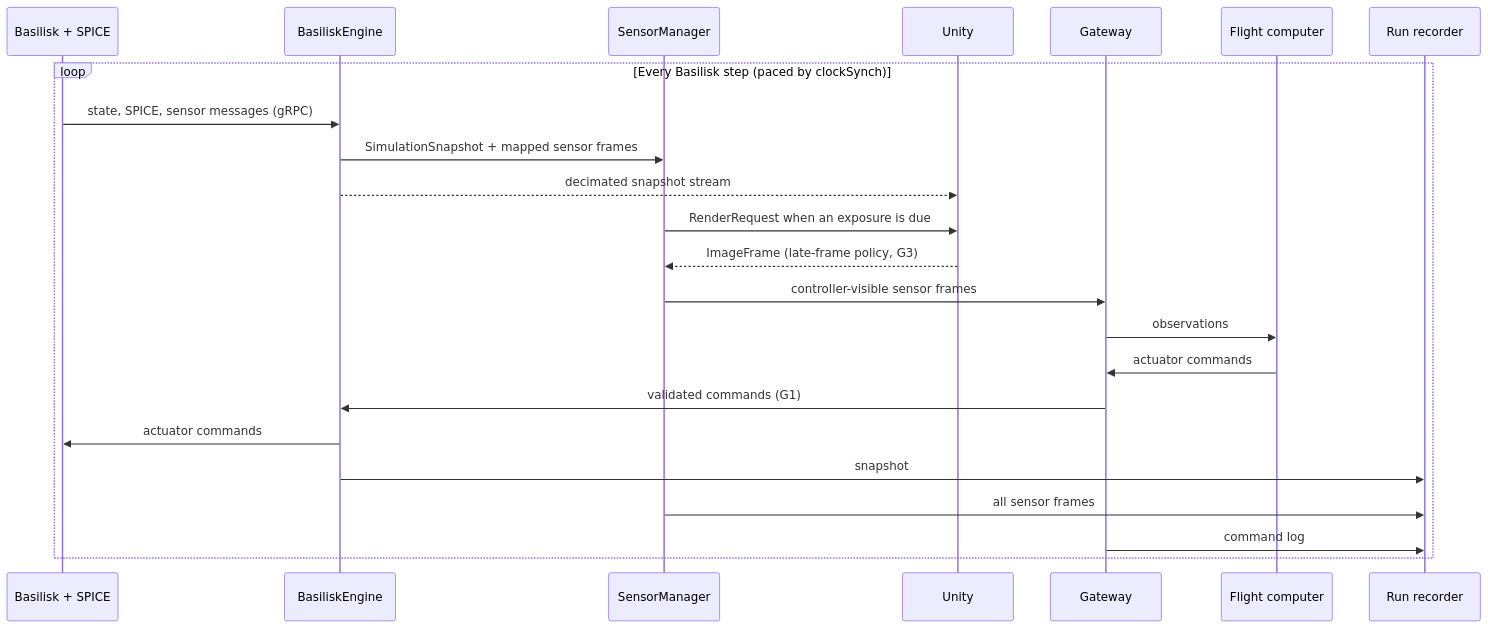
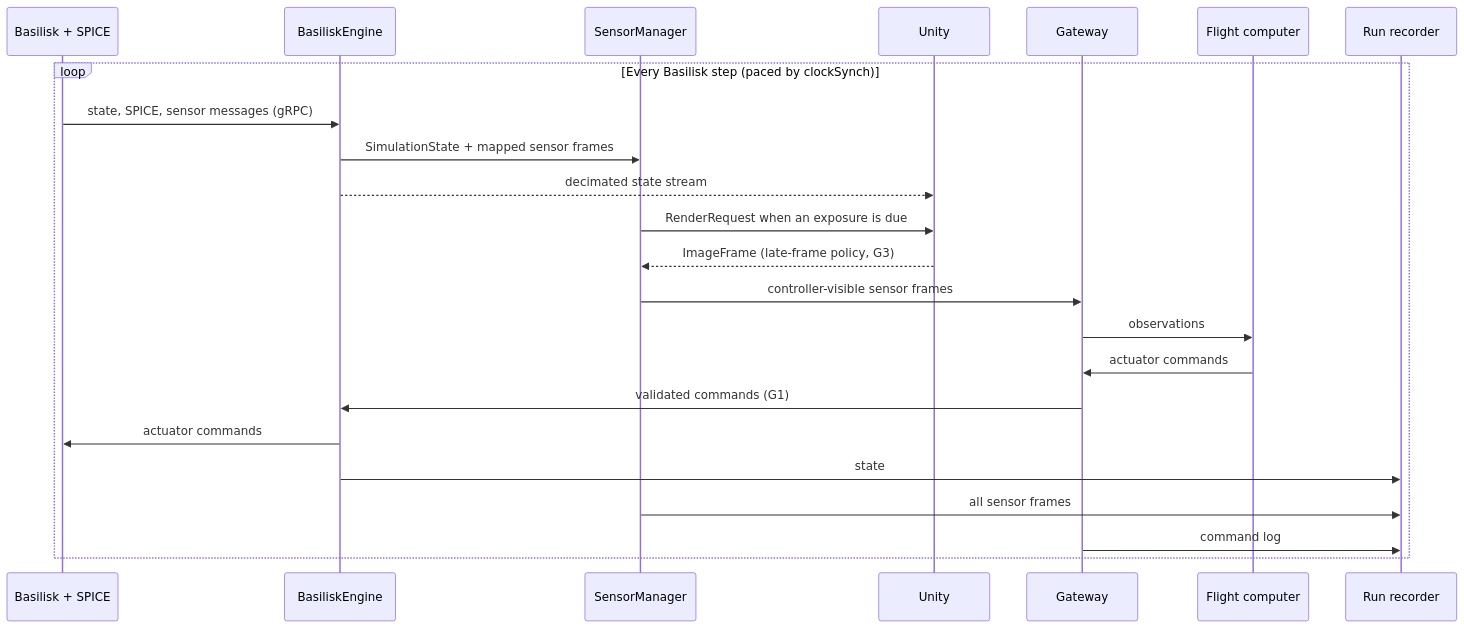
The second of 2 diagrams in docs/target-architecture.md (cmu-argus-2/argus_simulation), drawn with Mermaid before and after one commit. The commit also changed other lines of this file and 33 other files, not shown here.

First line of the commit message:
refactor: rename SimulationSnapshot to SimulationState

````diff
--- a/docs/target-architecture.md
+++ b/docs/target-architecture.md
@@ -134,26 +134,26 @@
 ```mermaid
 sequenceDiagram
     participant B as Basilisk + SPICE
     participant E as BasiliskEngine
     participant S as SensorManager
     participant U as Unity
     participant G as Gateway
     participant F as Flight computer
     participant R as Run recorder
 
     loop Every Basilisk step (paced by clockSynch)
         B->>E: state, SPICE, sensor messages (gRPC)
-        E->>S: SimulationSnapshot + mapped sensor frames
-        E-->>U: decimated snapshot stream
+        E->>S: SimulationState + mapped sensor frames
+        E-->>U: decimated state stream
         S->>U: RenderRequest when an exposure is due
         U-->>S: ImageFrame (late-frame policy, G3)
         S->>G: controller-visible sensor frames
         G->>F: observations
         F->>G: actuator commands
         G->>E: validated commands (G1)
         E->>B: actuator commands
-        E->>R: snapshot
+        E->>R: state
         S->>R: all sensor frames
         G->>R: command log
     end
 ```
````
